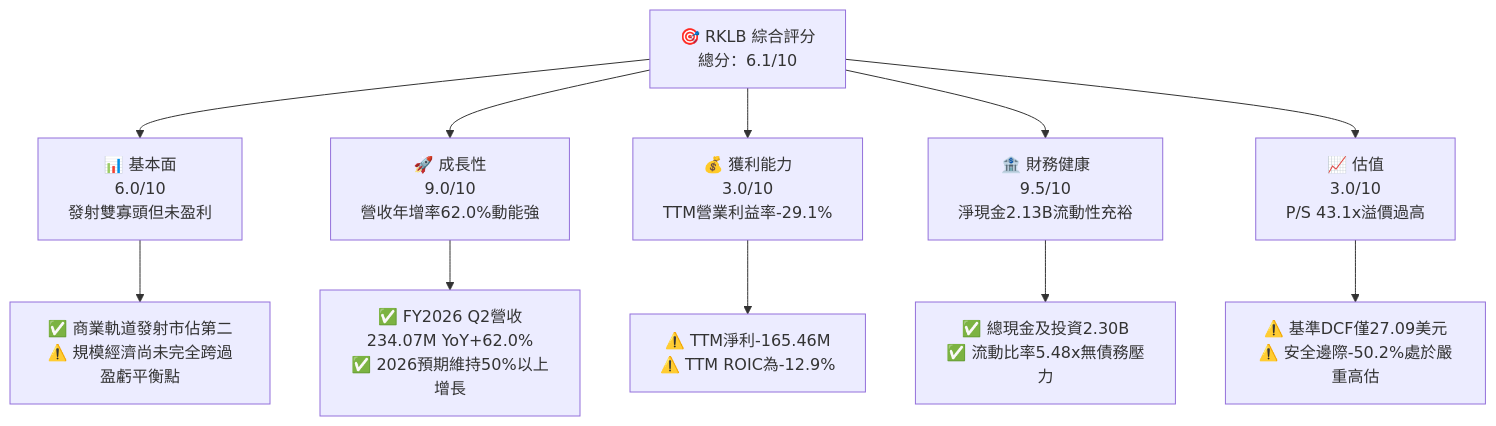
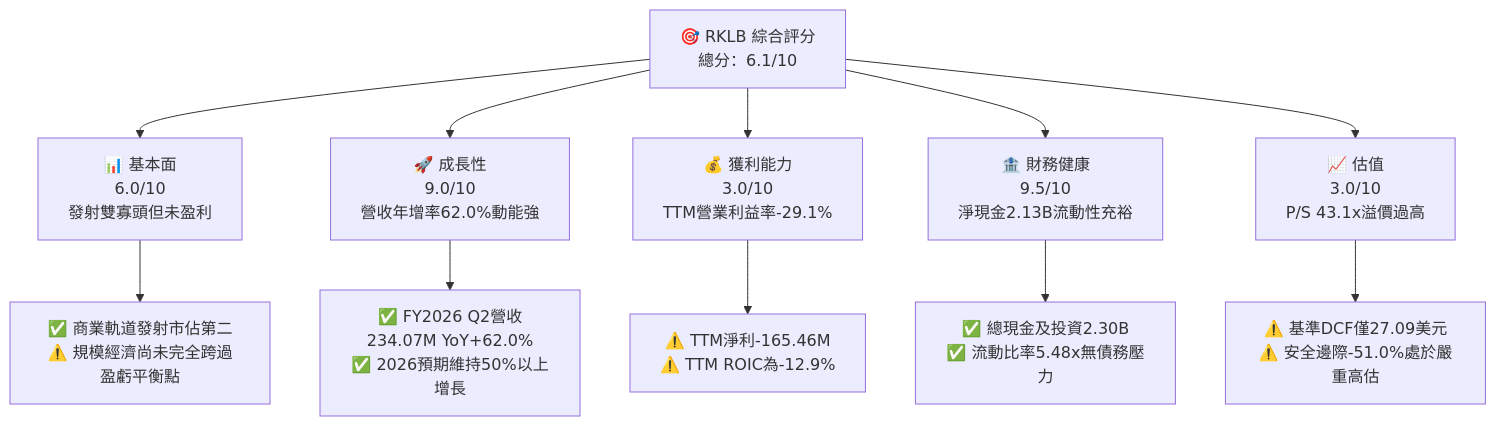
The first of 15 diagrams in ai_gen_report/fundamental/rklb/fundamental_analysis_2026-10-23_gemini.md (yennanliu/finance_data), drawn with Mermaid before and after one commit. The commit also changed other lines of this file and 339 other files, not shown here.

````diff
--- a/ai_gen_report/fundamental/rklb/fundamental_analysis_2026-10-23_gemini.md
+++ b/ai_gen_report/fundamental/rklb/fundamental_analysis_2026-10-23_gemini.md
@@ -73,22 +73,22 @@
 ```mermaid
 graph TD
     RKLB["🎯 RKLB 綜合評分<br/>總分：6.1/10"]
 
     F["📊 基本面<br/>6.0/10<br/>發射雙寡頭但未盈利"]
     G["🚀 成長性<br/>9.0/10<br/>營收年增率62.0%動能強"]
     P["💰 獲利能力<br/>3.0/10<br/>TTM營業利益率-29.1%"]
     B["🏦 財務健康<br/>9.5/10<br/>淨現金2.13B流動性充裕"]
     V["📈 估值<br/>3.0/10<br/>P/S 43.1x溢價過高"]
 
     RKLB --> F
     RKLB --> G
     RKLB --> P
     RKLB --> B
     RKLB --> V
 
     F --> F1["✅ 商業軌道發射市佔第二<br/>⚠️ 規模經濟尚未完全跨過盈虧平衡點"]
     G --> G1["✅ FY2026 Q2營收234.07M YoY+62.0%<br/>✅ 2026預期維持50%以上增長"]
     P --> P1["⚠️ TTM淨利-165.46M<br/>⚠️ TTM ROIC為-12.9%"]
     B --> B1["✅ 總現金及投資2.30B<br/>✅ 流動比率5.48x無債務壓力"]
-    V --> V1["⚠️ 基準DCF僅27.09美元<br/>⚠️ 安全邊際-50.2%處於嚴重高估"]
+    V --> V1["⚠️ 基準DCF僅27.09美元<br/>⚠️ 安全邊際-51.0%處於嚴重高估"]
 ```
````
